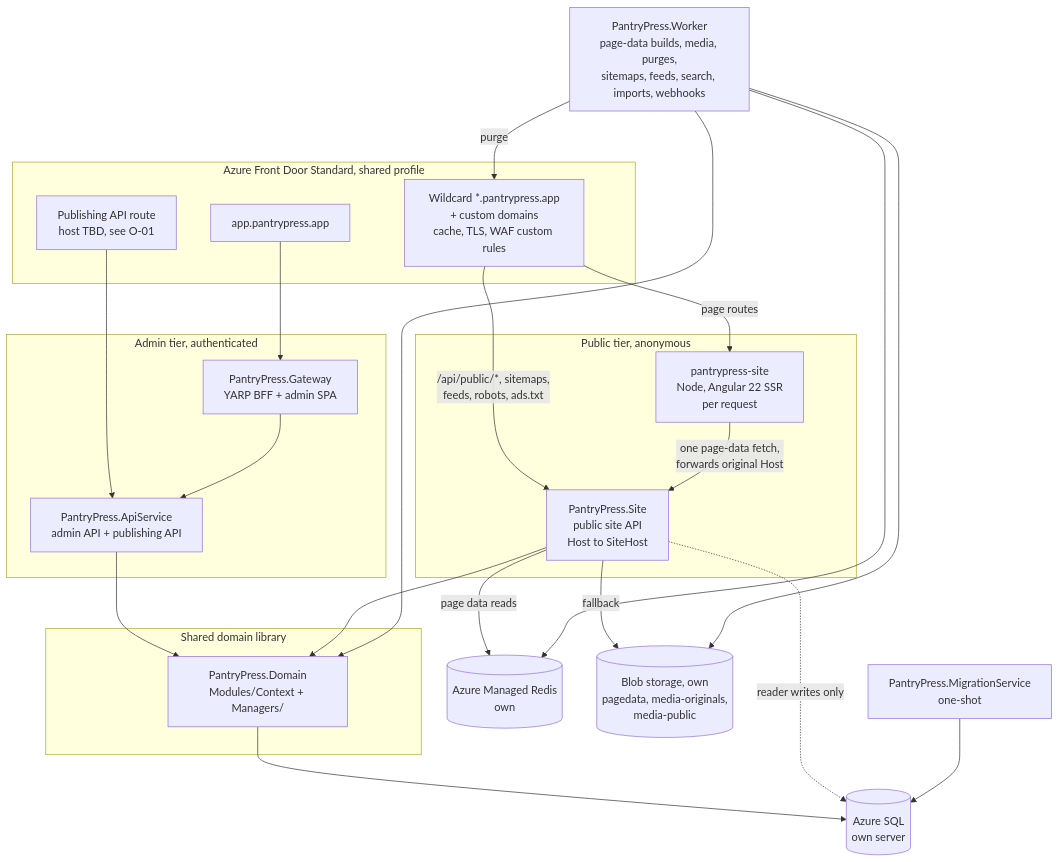
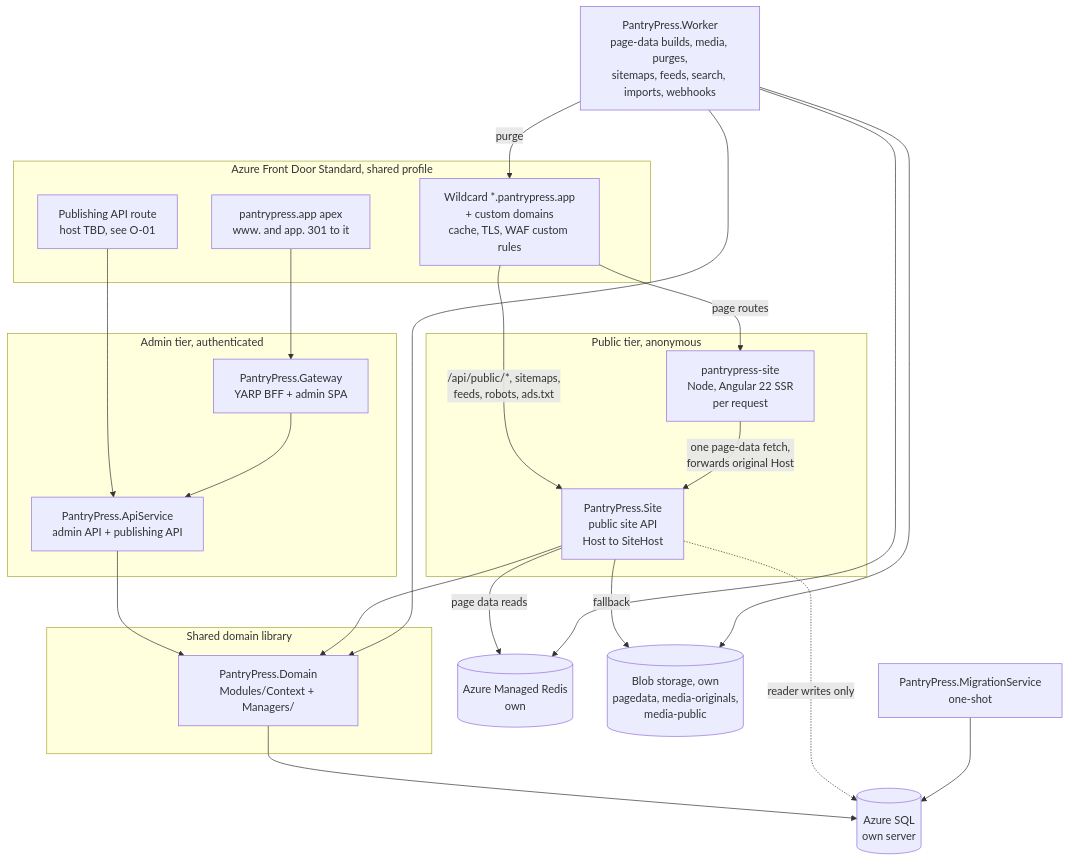
Before and after one commit to Architect4Hire/PantryPress: the second of 12 diagrams in docs/architecture/architecture.md, drawn with Mermaid. The commit also changed other lines of this file and 49 other files, not shown here.

````diff
--- a/docs/architecture/architecture.md
+++ b/docs/architecture/architecture.md
@@ -149,47 +150,47 @@
 ```mermaid
 flowchart TB
     subgraph Edge[Azure Front Door Standard, shared profile]
         afdPub[Wildcard *.pantrypress.app<br/>+ custom domains<br/>cache, TLS, WAF custom rules]
-        afdApp[app.pantrypress.app]
+        afdApp[pantrypress.app apex<br/>www. and app. 301 to it]
         afdApi[Publishing API route<br/>host TBD, see O-01]
     end
 
     subgraph Public[Public tier, anonymous]
         ssr[pantrypress-site<br/>Node, Angular 22 SSR<br/>per request]
         site[PantryPress.Site<br/>public site API<br/>Host to SiteHost]
     end
 
     subgraph Admin[Admin tier, authenticated]
         gw[PantryPress.Gateway<br/>YARP BFF + admin SPA]
         api[PantryPress.ApiService<br/>admin API + publishing API]
     end
 
     subgraph Core[Shared domain library]
         dom[PantryPress.Domain<br/>Modules/Context + Managers/]
     end
 
     worker[PantryPress.Worker<br/>page-data builds, media, purges,<br/>sitemaps, feeds, search, imports, webhooks]
     mig[PantryPress.MigrationService<br/>one-shot]
 
     sql[(Azure SQL<br/>own server)]
     redis[(Azure Managed Redis<br/>own)]
     blob[(Blob storage, own<br/>pagedata, media-originals,<br/>media-public)]
 
     afdPub -->|page routes| ssr
     afdPub -->|/api/public/*, sitemaps,<br/>feeds, robots, ads.txt| site
     afdApp --> gw
     afdApi --> api
     ssr -->|one page-data fetch,<br/>forwards original Host| site
     gw --> api
     api --> dom
     site --> dom
     worker --> dom
     dom --> sql
     site -->|page data reads| redis
     site -->|fallback| blob
     site -.->|reader writes only| sql
     worker --> blob
     worker --> redis
     worker -->|purge| afdPub
     mig --> sql
 ```
````
